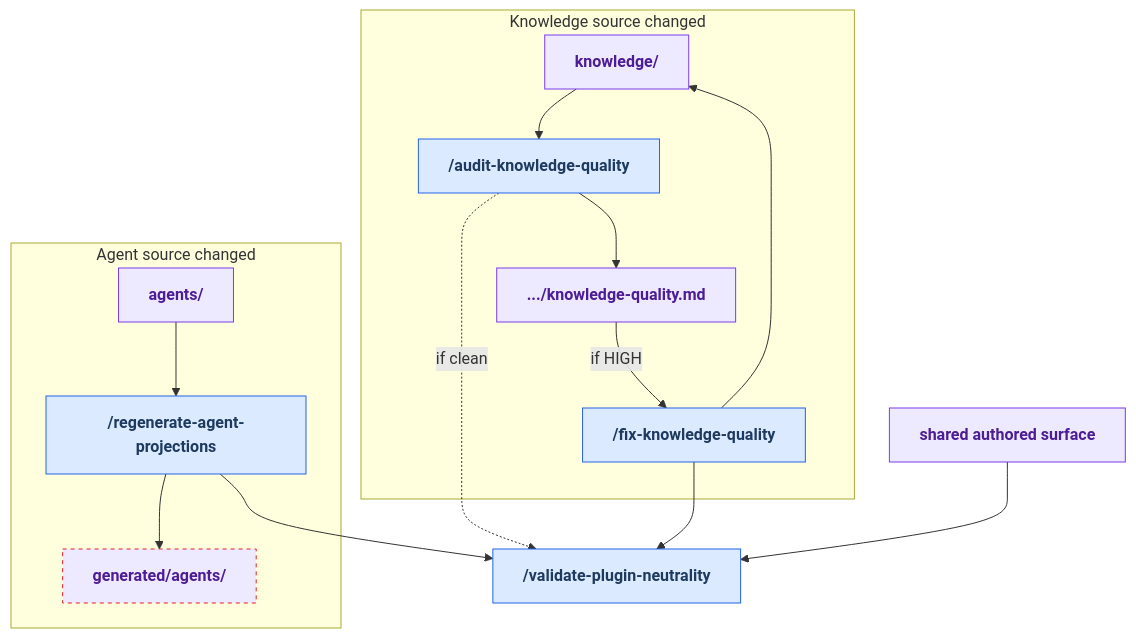
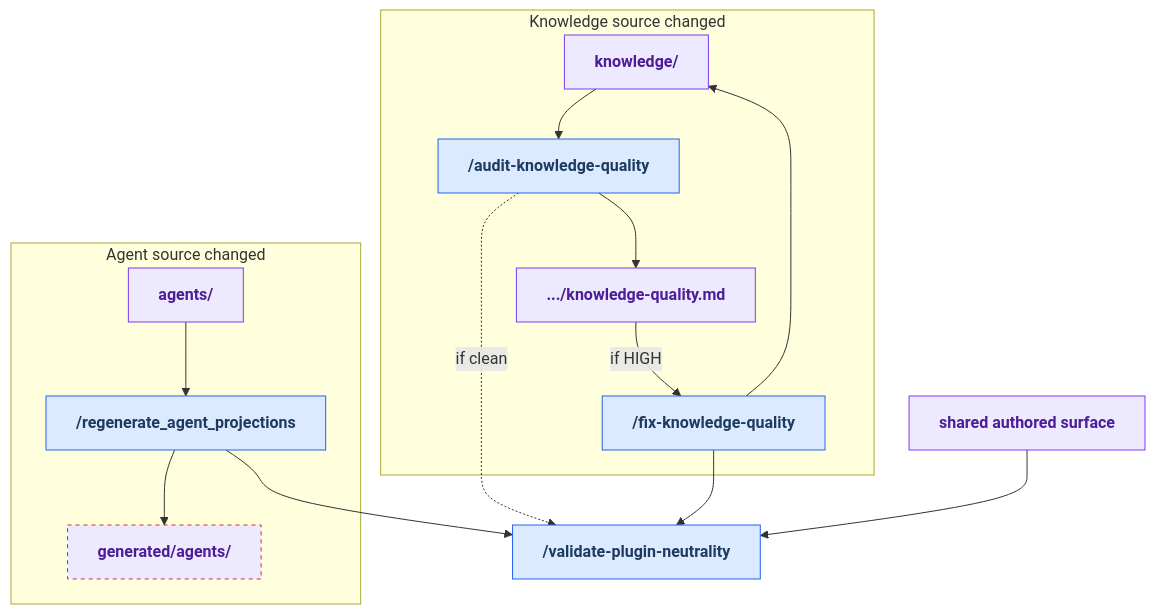
Before and after one commit to russell-laing/al-dev-shared: the diagram in docs/maintainer-tooling/derive.md, drawn with Mermaid. The commit also changed other lines of this file and 16 other files, not shown here.

Commit message:
refactor: align regenerate agent projections skill rename

````diff
--- a/docs/maintainer-tooling/derive.md
+++ b/docs/maintainer-tooling/derive.md
@@ -62,41 +62,41 @@
 ```mermaid
 flowchart TD
     classDef userSkill fill:#dbeafe,stroke:#2563eb,color:#1e3a5f,font-weight:bold
     classDef artifact fill:#ede9fe,stroke:#7c3aed,color:#4c1d95,font-weight:bold
     classDef orphanArtifact fill:#ede9fe,stroke:#dc2626,color:#4c1d95,stroke-dasharray:4 4,font-weight:bold
 
     subgraph agent_lane["Agent source changed"]
         art_agent_source["agents/"]
-        skill_regenerate_agent_projections["/regenerate-agent-projections"]
+        skill_regenerate_agent_projections["/regenerate_agent_projections"]
         art_generated_agents["generated/agents/"]
     end
     subgraph knowledge_lane["Knowledge source changed"]
         art_knowledge_source["knowledge/"]
         skill_audit_knowledge_quality["/audit-knowledge-quality"]
         art_knowledge_quality_report[".../knowledge-quality.md"]
         skill_fix_knowledge_quality["/fix-knowledge-quality"]
     end
     art_shared_surface["shared authored surface"]
     skill_align_harness_repos["/validate-plugin-neutrality"]
 
     art_agent_source --> skill_regenerate_agent_projections
     skill_regenerate_agent_projections --> art_generated_agents
     skill_regenerate_agent_projections --> skill_align_harness_repos
     art_knowledge_source --> skill_audit_knowledge_quality
     skill_audit_knowledge_quality --> art_knowledge_quality_report
     art_knowledge_quality_report -- "if HIGH" --> skill_fix_knowledge_quality
     skill_audit_knowledge_quality -. "if clean" .-> skill_align_harness_repos
     skill_fix_knowledge_quality --> art_knowledge_source
     skill_fix_knowledge_quality --> skill_align_harness_repos
     art_shared_surface --> skill_align_harness_repos
 
     class skill_regenerate_agent_projections userSkill
     class skill_audit_knowledge_quality userSkill
     class skill_fix_knowledge_quality userSkill
     class skill_align_harness_repos userSkill
     class art_agent_source artifact
     class art_generated_agents orphanArtifact
     class art_knowledge_source artifact
     class art_knowledge_quality_report artifact
     class art_shared_surface artifact
 ```
````
